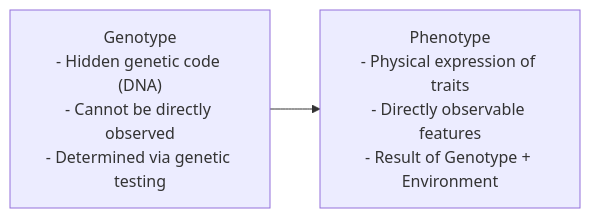
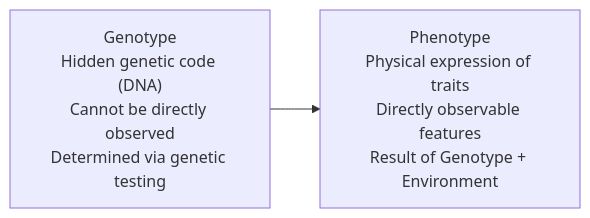
The second of 4 diagrams in content/Year 1/Understanding the Self/7. The Physical Self.md (aidocmr/learn-bscs), drawn with Mermaid before and after one commit. The commit also changed other lines of this file and 20 other files, not shown here.

First line of the commit message:
fix: Remove markdown lists and numbered prefixes from all Mermaid diagrams

````diff
--- a/content/Year 1/Understanding the Self/7. The Physical Self.md
+++ b/content/Year 1/Understanding the Self/7. The Physical Self.md
@@ -34,4 +34,4 @@
 ```mermaid
 graph LR
-    Genotype["Genotype<br/>- Hidden genetic code (DNA)<br/>- Cannot be directly observed<br/>- Determined via genetic testing"] --> Phenotype["Phenotype<br/>- Physical expression of traits<br/>- Directly observable features<br/>- Result of Genotype + Environment"]
+    Genotype["Genotype<br/>Hidden genetic code (DNA)<br/>Cannot be directly observed<br/>Determined via genetic testing"] --> Phenotype["Phenotype<br/>Physical expression of traits<br/>Directly observable features<br/>Result of Genotype + Environment"]
 ```
````
